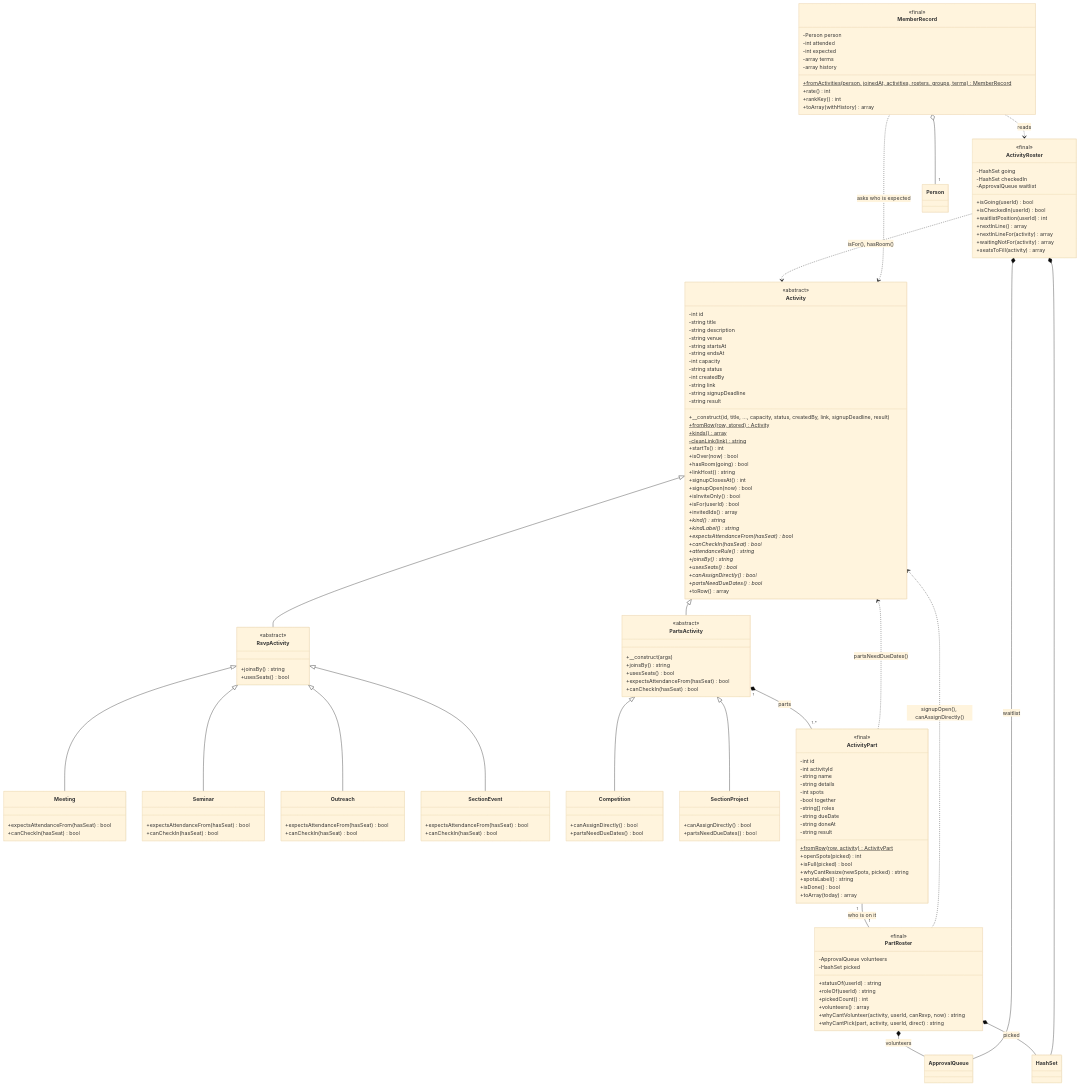
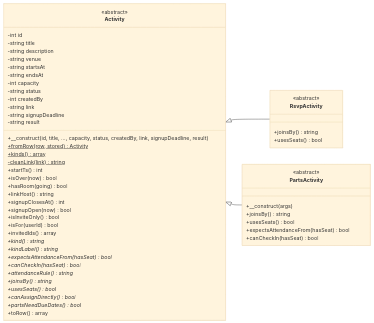
One commit to rcldvmnl/AcadSync changed the fourth of 25 diagrams in docs/CLASS_DIAGRAM.md. Above: the diagram before and after it, drawn with Mermaid (base theme). The commit also changed other lines of this file and 2 other files, not shown here.

Commit message:
class diagram

````diff
--- a/docs/CLASS_DIAGRAM.md
+++ b/docs/CLASS_DIAGRAM.md
@@ -121,6 +196,6 @@
 ```mermaid
 classDiagram
-    direction TB
+    direction LR
     class Activity {
         <<abstract>>
         -int id
@@ -172,107 +247,6 @@
         +expectsAttendanceFrom(hasSeat) bool
         +canCheckIn(hasSeat) bool
     }
-    class Meeting {
-        +expectsAttendanceFrom(hasSeat) bool
-        +canCheckIn(hasSeat) bool
-    }
-    class Seminar {
-        +expectsAttendanceFrom(hasSeat) bool
-        +canCheckIn(hasSeat) bool
-    }
-    class Outreach {
-        +expectsAttendanceFrom(hasSeat) bool
-        +canCheckIn(hasSeat) bool
-    }
-    class SectionEvent {
-        +expectsAttendanceFrom(hasSeat) bool
-        +canCheckIn(hasSeat) bool
-    }
-    class Competition {
-        +canAssignDirectly() bool
-        +partsNeedDueDates() bool
-    }
-    class SectionProject {
-        +canAssignDirectly() bool
-        +partsNeedDueDates() bool
-    }
     Activity <|-- RsvpActivity
     Activity <|-- PartsActivity
-    RsvpActivity <|-- Meeting
-    RsvpActivity <|-- Seminar
-    RsvpActivity <|-- Outreach
-    RsvpActivity <|-- SectionEvent
-    PartsActivity <|-- Competition
-    PartsActivity <|-- SectionProject
-
-    class ActivityPart {
-        <<final>>
-        -int id
-        -int activityId
-        -string name
-        -string details
-        -int spots
-        -bool together
-        -string[] roles
-        -string dueDate
-        -string doneAt
-        -string result
-        +fromRow(row, activity)$ ActivityPart
-        +openSpots(picked) int
-        +isFull(picked) bool
-        +whyCantResize(newSpots, picked) string
-        +spotsLabel() string
-        +isDone() bool
-        +toArray(today) array
-    }
-    class PartRoster {
-        <<final>>
-        -ApprovalQueue volunteers
-        -HashSet picked
-        +statusOf(userId) string
-        +roleOf(userId) string
-        +pickedCount() int
-        +volunteers() array
-        +whyCantVolunteer(activity, userId, canRsvp, now) string
-        +whyCantPick(part, activity, userId, direct) string
-    }
-    PartsActivity "1" *-- "1..*" ActivityPart : parts
-    ActivityPart ..> Activity : partsNeedDueDates()
-    ActivityPart "1" -- "1" PartRoster : who is on it
-    PartRoster *-- ApprovalQueue : volunteers
-    PartRoster *-- HashSet : picked
-    PartRoster ..> Activity : signupOpen(), canAssignDirectly()
-
-    class ActivityRoster {
-        <<final>>
-        -HashSet going
-        -HashSet checkedIn
-        -ApprovalQueue waitlist
-        +isGoing(userId) bool
-        +isCheckedIn(userId) bool
-        +waitlistPosition(userId) int
-        +nextInLine() array
-        +nextInLineFor(activity) array
-        +waitingNotFor(activity) array
-        +seatsToFill(activity) array
-    }
-    ActivityRoster *-- HashSet
-    ActivityRoster *-- ApprovalQueue : waitlist
-    ActivityRoster ..> Activity : isFor(), hasRoom()
-
-    class MemberRecord {
-        <<final>>
-        -Person person
-        -int attended
-        -int expected
-        -array terms
-        -array history
-        +fromActivities(person, joinedAt, activities, rosters, groups, terms)$ MemberRecord
-        +rate() int
-        +rankKey() int
-        +toArray(withHistory) array
-    }
-    MemberRecord o-- "1" Person
-    MemberRecord ..> Activity : asks who is expected
-    MemberRecord ..> ActivityRoster : reads
 ```
````
